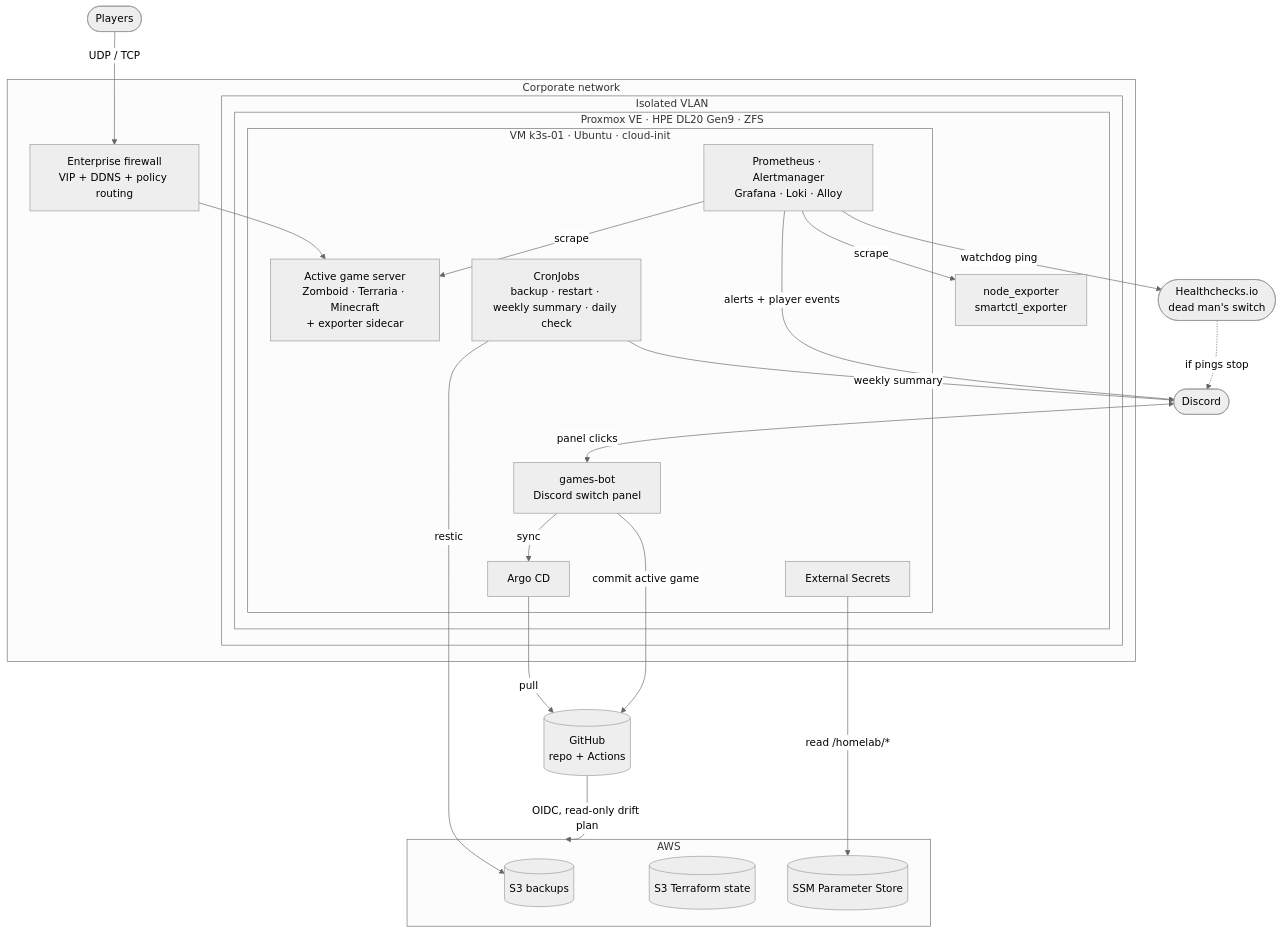
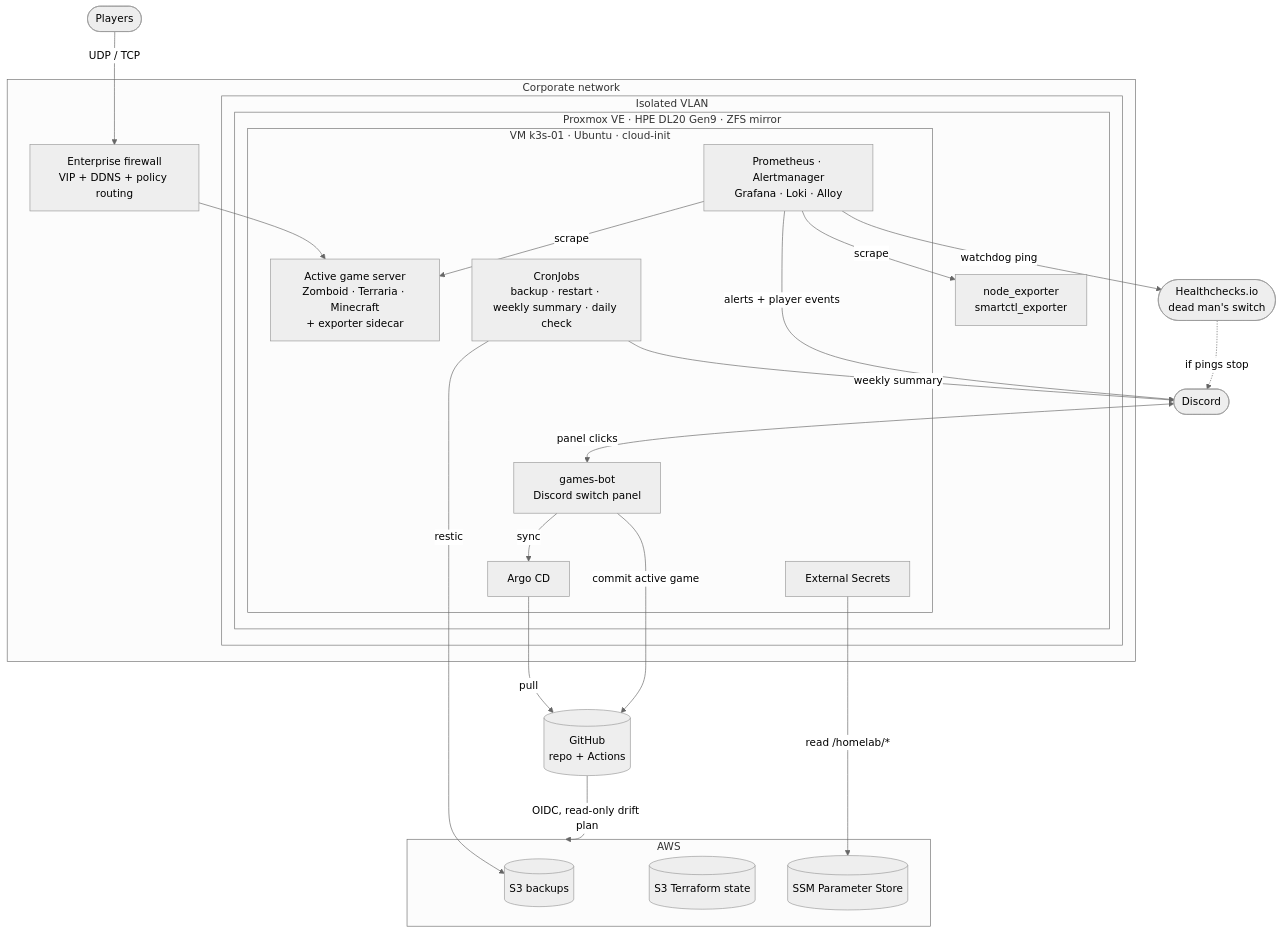
One commit to iagorp6/proxmox-k3s-platform changed the first of 2 diagrams in README.md. Above: the diagram before and after it, drawn with Mermaid (neutral theme). The commit also changed other lines of this file and 8 other files, not shown here.

````diff
--- a/README.md
+++ b/README.md
@@ -32,45 +32,45 @@
 ```mermaid
 flowchart TB
     players(["Players"])
     discord(["Discord"])
     hc(["Healthchecks.io<br/>dead man's switch"])
     github[("GitHub<br/>repo + Actions")]
 
     subgraph corp["Corporate network"]
         fw["Enterprise firewall<br/>VIP + DDNS + policy routing"]
         subgraph vlan["Isolated VLAN"]
-            subgraph pve["Proxmox VE · HPE DL20 Gen9 · ZFS"]
+            subgraph pve["Proxmox VE · HPE DL20 Gen9 · ZFS mirror"]
                 hostexp["node_exporter<br/>smartctl_exporter"]
                 subgraph vm["VM k3s-01 · Ubuntu · cloud-init"]
                     argo["Argo CD"]
                     bot["games-bot<br/>Discord switch panel"]
                     game["Active game server<br/>Zomboid · Terraria · Minecraft<br/>+ exporter sidecar"]
                     jobs["CronJobs<br/>backup · restart · weekly summary · daily check"]
                     eso["External Secrets"]
                     mon["Prometheus · Alertmanager<br/>Grafana · Loki · Alloy"]
                 end
             end
         end
     end
 
     subgraph aws["AWS"]
         s3b[("S3 backups")]
         s3s[("S3 Terraform state")]
         ssm[("SSM Parameter Store")]
     end
 
     players -->|"UDP / TCP"| fw --> game
     argo -->|"pull"| github
     eso -->|"read /homelab/*"| ssm
     jobs -->|"restic"| s3b
     jobs -->|"weekly summary"| discord
     mon -->|"scrape"| game
     mon -->|"scrape"| hostexp
     mon -->|"alerts + player events"| discord
     mon -->|"watchdog ping"| hc
     hc -.->|"if pings stop"| discord
     discord <-->|"panel clicks"| bot
     bot -->|"commit active game"| github
     bot -->|"sync"| argo
     github -->|"OIDC, read-only drift plan"| aws
 ```
````
